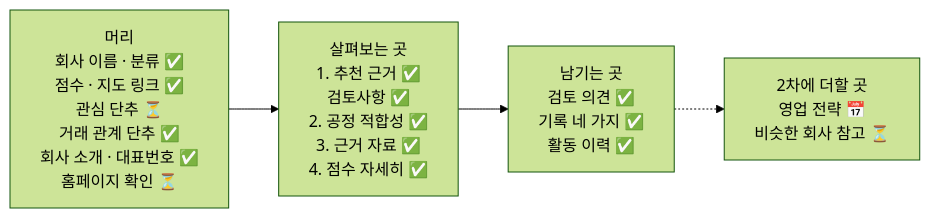
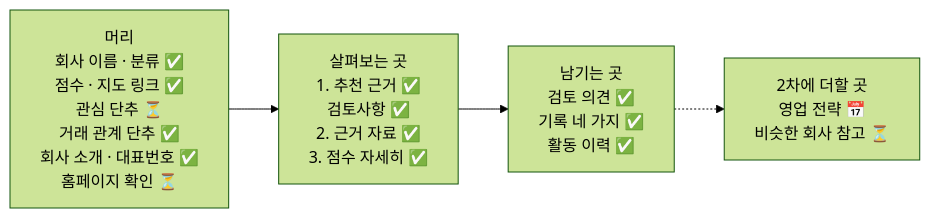
Before and after one commit to agent-ddalgi-team/final-geosan: the fourth of 4 diagrams in docs/map/feature-map.md, drawn with Mermaid (forest theme). The commit also changed other lines of this file and 11 other files, not shown here.

First line of the commit message:
기업 검토 상세에서 "공정 적합성 검토" 구역을 빼고 검토사항 맨 위 한 줄에 공정·소재·판정을 적는다 (#659)

````diff
--- a/docs/map/feature-map.md
+++ b/docs/map/feature-map.md
@@ -150,9 +150,9 @@
 ```mermaid
 flowchart LR
     H["머리<br/>회사 이름 · 분류 ✅<br/>점수 · 지도 링크 ✅<br/>관심 단추 ⏳<br/>거래 관계 단추 ✅<br/>회사 소개 · 대표번호 ✅<br/>홈페이지 확인 ⏳"]
-    R["살펴보는 곳<br/>1. 추천 근거 ✅<br/>검토사항 ✅<br/>2. 공정 적합성 ✅<br/>3. 근거 자료 ✅<br/>4. 점수 자세히 ✅"]
+    R["살펴보는 곳<br/>1. 추천 근거 ✅<br/>검토사항 ✅<br/>2. 근거 자료 ✅<br/>3. 점수 자세히 ✅"]
     W["남기는 곳<br/>검토 의견 ✅<br/>기록 네 가지 ✅<br/>활동 이력 ✅"]
     K["2차에 더할 곳<br/>영업 전략 📅<br/>비슷한 회사 참고 ⏳"]
     H --> R --> W
     W -.-> K
 ```
````
